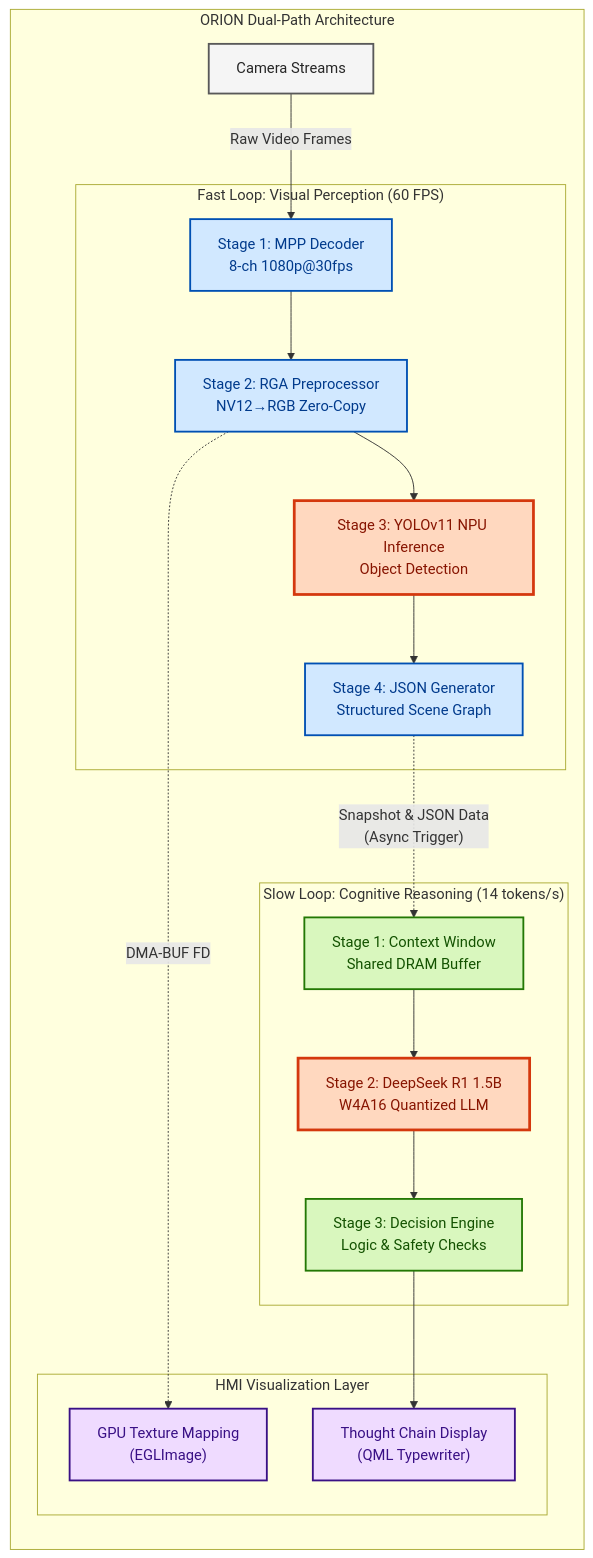
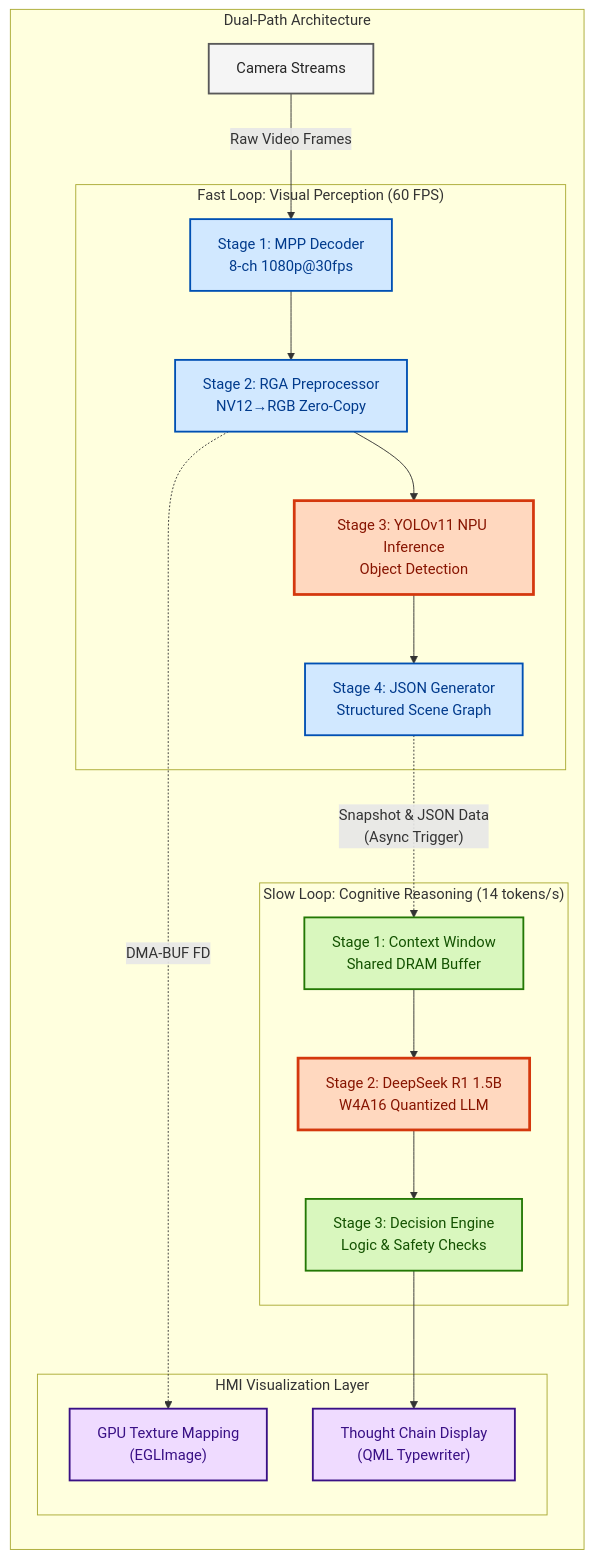
The diagram in README.md (WNPPP0114/RAVEN), drawn with Mermaid before and after one commit. The commit also changed other lines of this file, not shown here.

````diff
--- a/README.md
+++ b/README.md
@@ -49,50 +49,50 @@
 ```mermaid
 graph TD
-    subgraph "ORION Dual-Path Architecture"
+    subgraph "Dual-Path Architecture"
         direction TB
         
         Cam[Camera Streams] -->|"Raw Video Frames"| V1
         
         subgraph "Fast Loop: Visual Perception (60 FPS)"
             V1["Stage 1: MPP Decoder<br/>8-ch 1080p@30fps"] 
             V2["Stage 2: RGA Preprocessor<br/>NV12→RGB Zero-Copy"]
             V3["Stage 3: YOLOv11 NPU Inference<br/>Object Detection"]
             V4["Stage 4: JSON Generator<br/>Structured Scene Graph"]
             
             V1 --> V2
             V2 --> V3
             V3 --> V4
         end
         
         V4 -.->|"Snapshot & JSON Data<br/>(Async Trigger)"| R1
         
         subgraph "Slow Loop: Cognitive Reasoning (14 tokens/s)"
             R1["Stage 1: Context Window<br/>Shared DRAM Buffer"]
             R2["Stage 2: DeepSeek R1 1.5B<br/>W4A16 Quantized LLM"]
             R3["Stage 3: Decision Engine<br/>Logic & Safety Checks"]
             
             R1 --> R2
             R2 --> R3
         end
         
         subgraph "HMI Visualization Layer"
             UI1["GPU Texture Mapping<br/>(EGLImage)"]
             UI2["Thought Chain Display<br/>(QML Typewriter)"]
         end
 
         V2 -.->|"DMA-BUF FD"| UI1
         R3 --> UI2
     end
 
     %% --- Styling Definition ---
     style V1 fill:#D1E8FF,stroke:#0050B3,stroke-width:2px,color:#003A8C
     style V2 fill:#D1E8FF,stroke:#0050B3,stroke-width:2px,color:#003A8C
     style V4 fill:#D1E8FF,stroke:#0050B3,stroke-width:2px,color:#003A8C
     style R1 fill:#D9F7BE,stroke:#237804,stroke-width:2px,color:#135200
     style R3 fill:#D9F7BE,stroke:#237804,stroke-width:2px,color:#135200
     style V3 fill:#FFD8BF,stroke:#D4380D,stroke-width:3px,color:#871400
     style R2 fill:#FFD8BF,stroke:#D4380D,stroke-width:3px,color:#871400
     style UI1 fill:#EFDBFF,stroke:#391085,stroke-width:2px,color:#391085
     style UI2 fill:#EFDBFF,stroke:#391085,stroke-width:2px,color:#391085
     style Cam fill:#F5F5F5,stroke:#595959,stroke-width:2px,color:#262626
 ```
````
